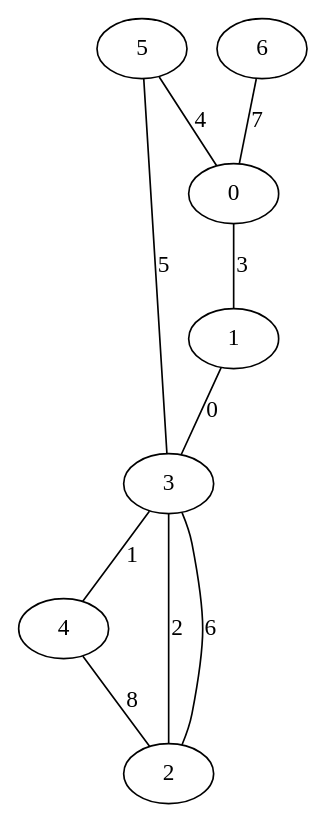
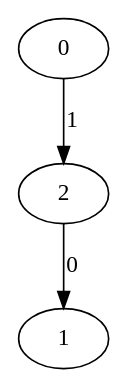
Before and after one commit to lebionick/GraphEdit: the diagram in GraphesLabWork1/output.gv, drawn with Graphviz. The commit also changed 24 other files, not shown here.

```diff
--- a/GraphesLabWork1/output.gv
+++ b/GraphesLabWork1/output.gv
@@ -1,11 +1,4 @@
-graph{
-1--3[label="0"];
-3--4[label="1"];
-3--2[label="2"];
-0--1[label="3"];
-5--0[label="4"];
-5--3[label="5"];
-2--3[label="6"];
-6--0[label="7"];
-4--2[label="8"];
+digraph{
+2 -> 1[label="0",weight="14"];
+0 -> 2[label="1",weight="88"];
 }
```
